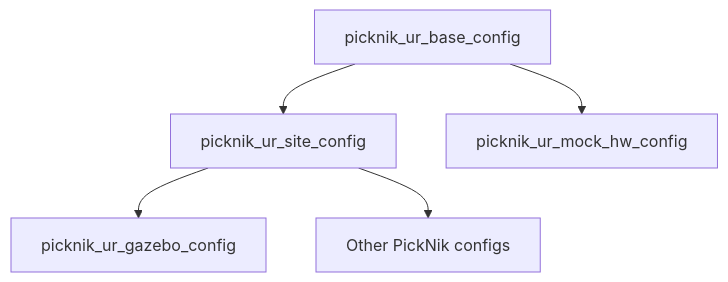
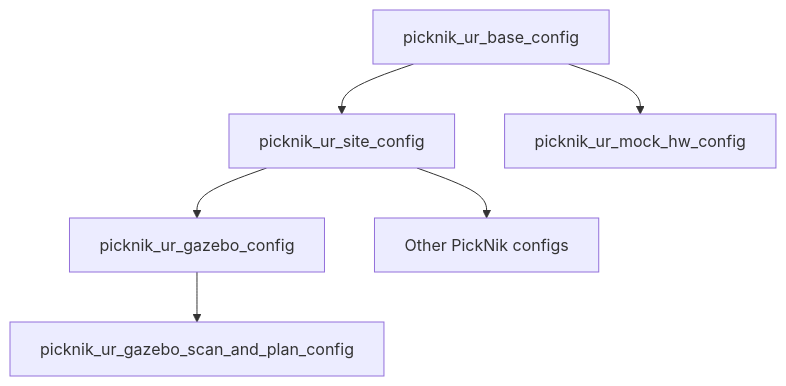
One commit to PickNikRobotics/moveit_studio_ur_ws changed the diagram in README.md. Above: the diagram before and after it, drawn with Mermaid. The commit also changed other lines of this file, not shown here.

Commit message:
Update README to show scan and plan config

````diff
--- a/README.md
+++ b/README.md
@@ -18,7 +18,8 @@
 ```mermaid
 graph TB
 Base[picknik_ur_base_config] --> Site[picknik_ur_site_config]
 Base --> Mock[picknik_ur_mock_hw_config]
 Site --> Gazebo[picknik_ur_gazebo_config]
 Site --> Picknik[Other PickNik configs]
+Gazebo --> ScanAndPlan[picknik_ur_gazebo_scan_and_plan_config]
 ```
````
